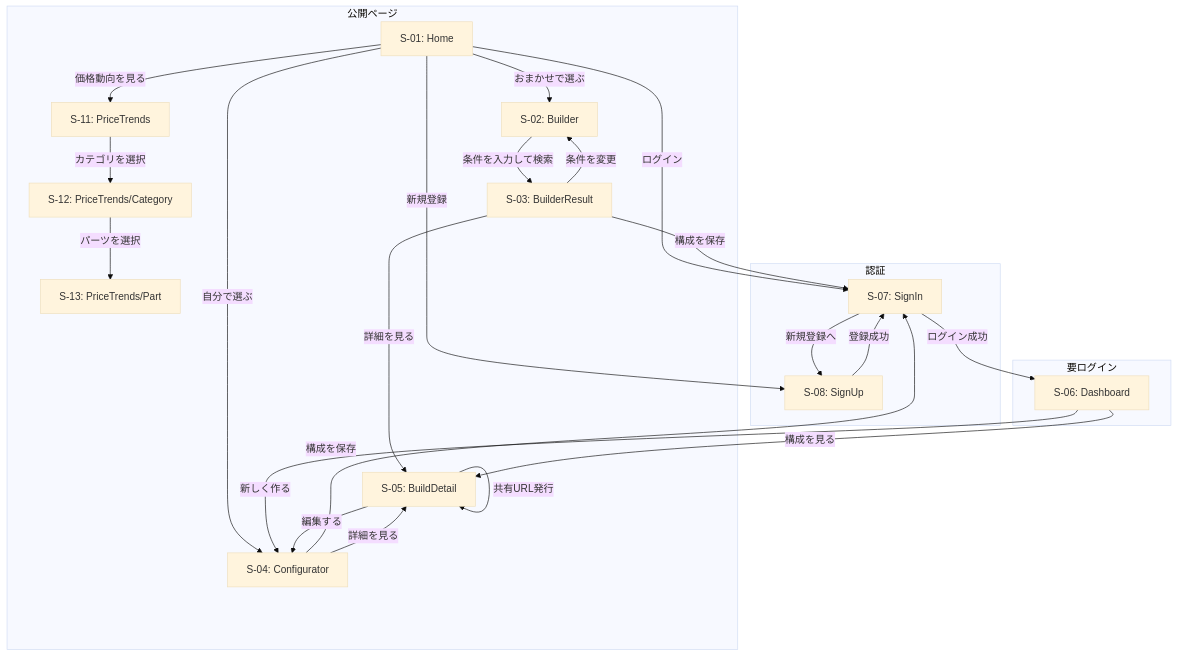
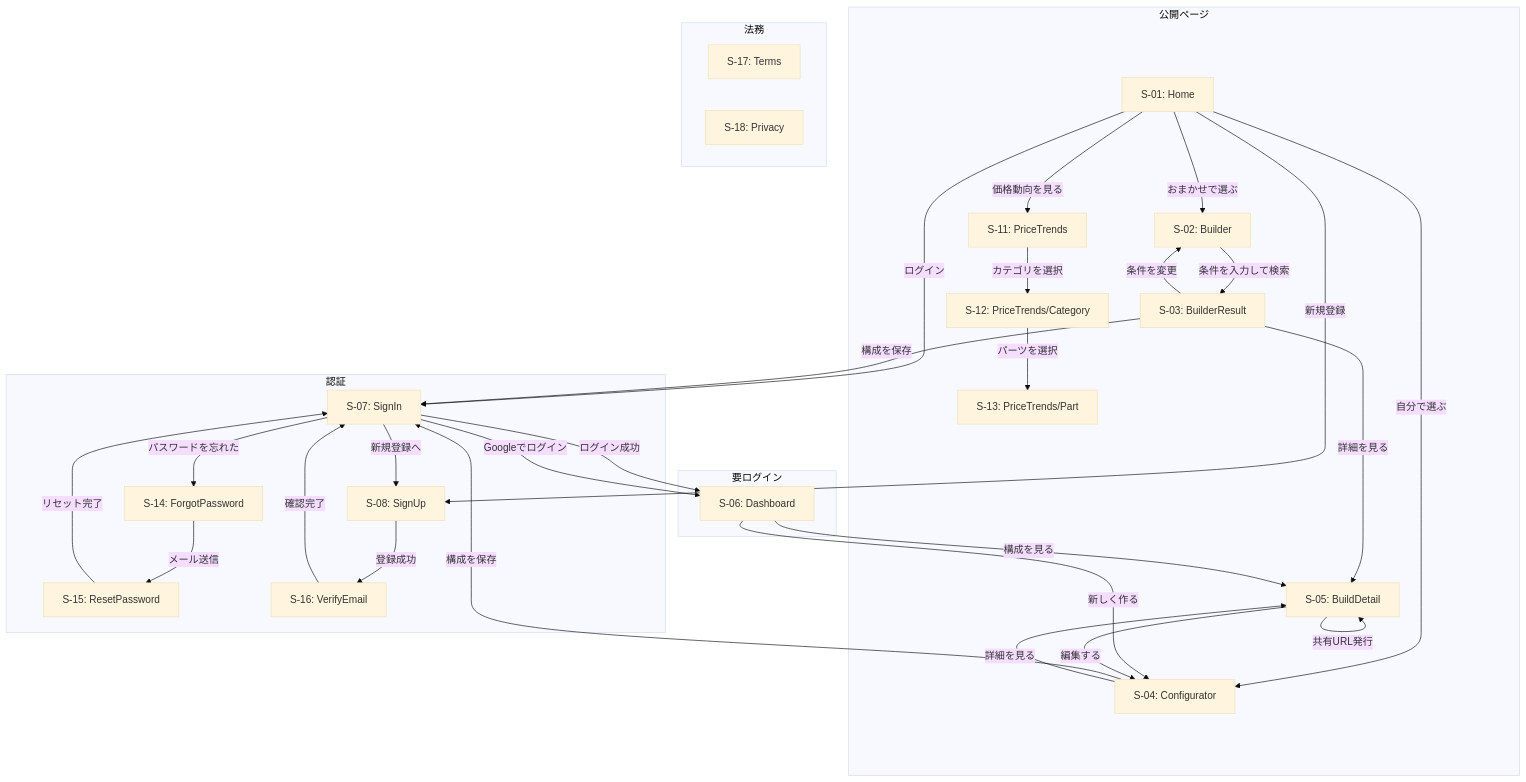
Before and after one commit to kosei-w90607/RigLab: the first of 3 diagrams in docs/03_screen-flow.md, drawn with Mermaid (base theme). The commit also changed other lines of this file and 16 other files, not shown here.

````diff
--- a/docs/03_screen-flow.md
+++ b/docs/03_screen-flow.md
@@ -40,56 +46,69 @@
 ```mermaid
 flowchart TD
     subgraph Public[公開ページ]
         TOP[S-01: Home]
         BUILDER[S-02: Builder]
         BUILDER_RESULT[S-03: BuilderResult]
         CONFIG[S-04: Configurator]
         DETAIL[S-05: BuildDetail]
         PRICE_LIST[S-11: PriceTrends]
         PRICE_CAT[S-12: PriceTrends/Category]
         PRICE_DETAIL[S-13: PriceTrends/Part]
     end
 
     subgraph Auth[認証]
         SIGNIN[S-07: SignIn]
         SIGNUP[S-08: SignUp]
+        FORGOT[S-14: ForgotPassword]
+        RESET[S-15: ResetPassword]
+        VERIFY[S-16: VerifyEmail]
+    end
+
+    subgraph Legal[法務]
+        TERMS[S-17: Terms]
+        PRIVACY[S-18: Privacy]
     end
 
     subgraph Private[要ログイン]
         DASH[S-06: Dashboard]
     end
 
     %% トップページからの遷移
     TOP -->|おまかせで選ぶ| BUILDER
     TOP -->|自分で選ぶ| CONFIG
     TOP -->|価格動向を見る| PRICE_LIST
     TOP -->|ログイン| SIGNIN
     TOP -->|新規登録| SIGNUP
 
     %% 価格動向フロー
     PRICE_LIST -->|カテゴリを選択| PRICE_CAT
     PRICE_CAT -->|パーツを選択| PRICE_DETAIL
 
     %% おまかせフロー
     BUILDER -->|条件を入力して検索| BUILDER_RESULT
     BUILDER_RESULT -->|構成を保存| SIGNIN
     BUILDER_RESULT -->|詳細を見る| DETAIL
     BUILDER_RESULT -->|条件を変更| BUILDER
 
     %% カスタムフロー
     CONFIG -->|構成を保存| SIGNIN
     CONFIG -->|詳細を見る| DETAIL
 
     %% 認証フロー
     SIGNIN -->|ログイン成功| DASH
+    SIGNIN -->|Googleでログイン| DASH
     SIGNIN -->|新規登録へ| SIGNUP
-    SIGNUP -->|登録成功| SIGNIN
+    SIGNIN -->|パスワードを忘れた| FORGOT
+    SIGNUP -->|登録成功| VERIFY
+    VERIFY -->|確認完了| SIGNIN
+    FORGOT -->|メール送信| RESET
+    RESET -->|リセット完了| SIGNIN
 
     %% ダッシュボードフロー
     DASH -->|構成を見る| DETAIL
     DASH -->|新しく作る| CONFIG
 
     %% 詳細ページから
     DETAIL -->|編集する| CONFIG
     DETAIL -->|共有URL発行| DETAIL
 ```
````
